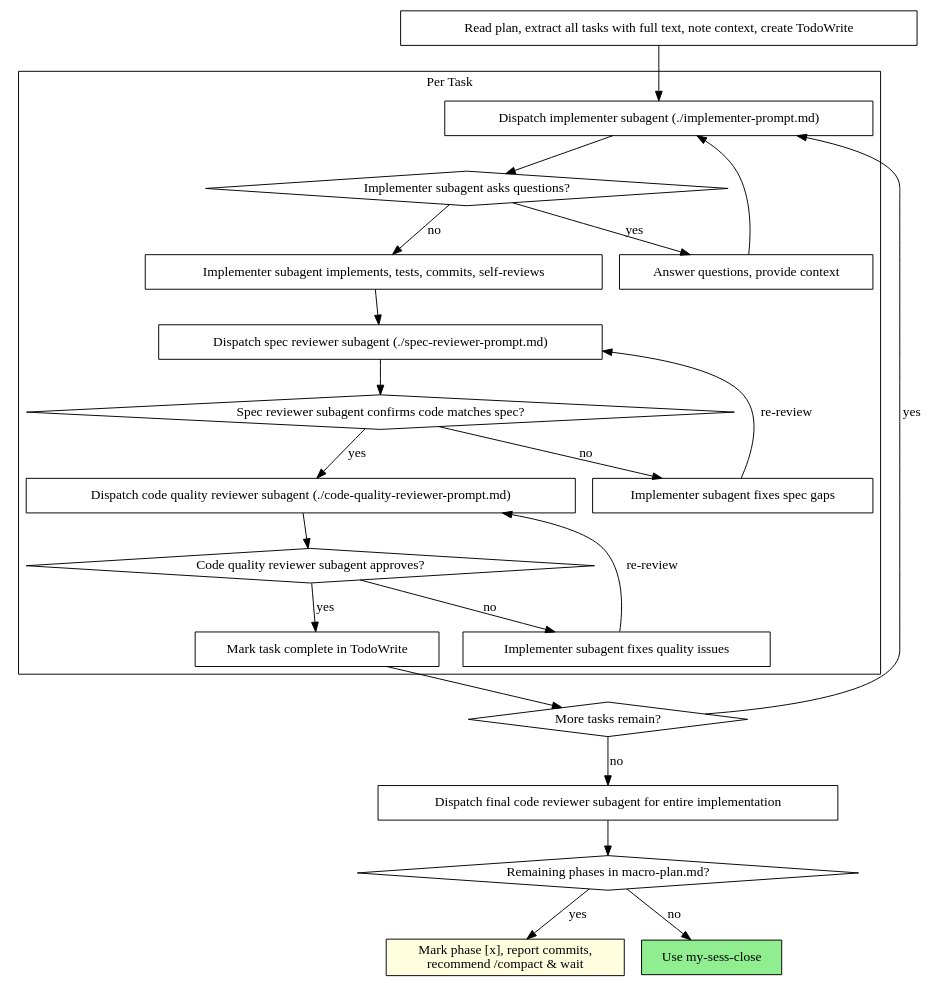
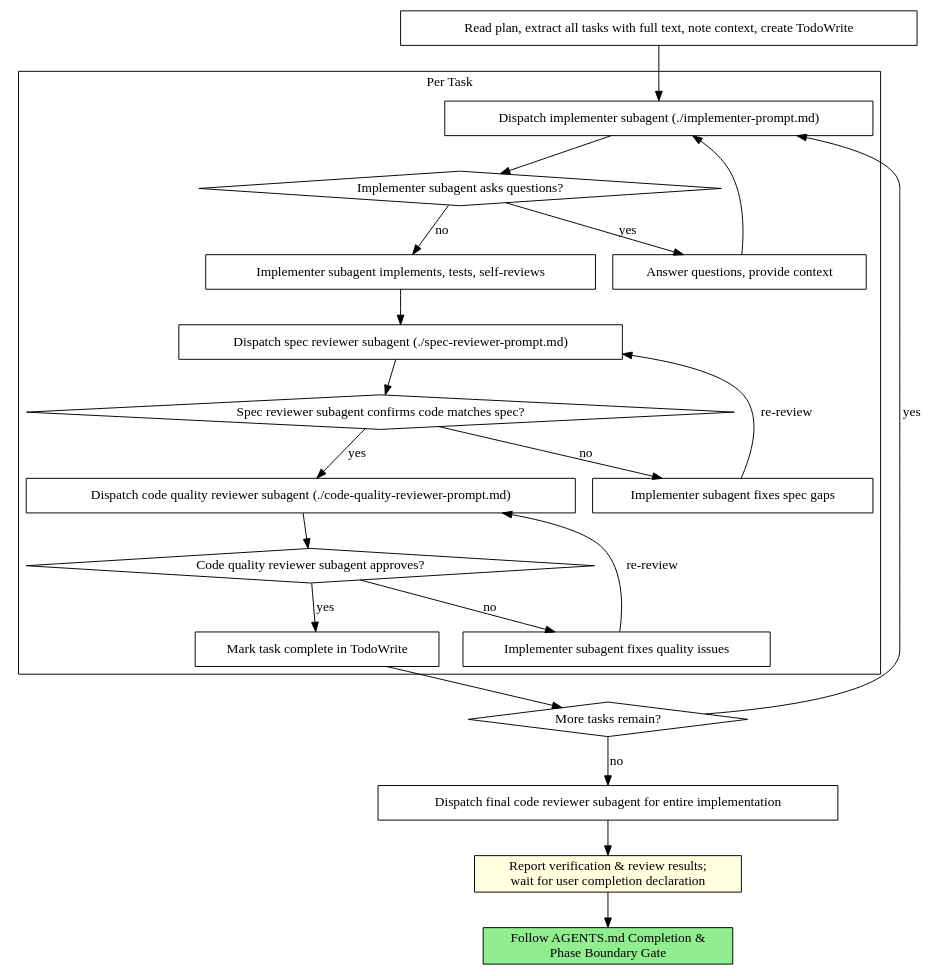
The second of 2 diagrams in skills/subagent-driven-development/SKILL.md (pinedance/AGENTS), drawn with Graphviz before and after one commit. The commit also changed other lines of this file and 16 other files, not shown here.

First line of the commit message:
refactor(skills): rename planning skills to my-plan-* and defer task commits

````diff
--- a/skills/subagent-driven-development/SKILL.md
+++ b/skills/subagent-driven-development/SKILL.md
@@ -44,48 +44,46 @@
 ```dot
 digraph process {
     rankdir=TB;
 
     subgraph cluster_per_task {
         label="Per Task";
         "Dispatch implementer subagent (./implementer-prompt.md)" [shape=box];
         "Implementer subagent asks questions?" [shape=diamond];
         "Answer questions, provide context" [shape=box];
-        "Implementer subagent implements, tests, commits, self-reviews" [shape=box];
+        "Implementer subagent implements, tests, self-reviews" [shape=box];
         "Dispatch spec reviewer subagent (./spec-reviewer-prompt.md)" [shape=box];
         "Spec reviewer subagent confirms code matches spec?" [shape=diamond];
         "Implementer subagent fixes spec gaps" [shape=box];
         "Dispatch code quality reviewer subagent (./code-quality-reviewer-prompt.md)" [shape=box];
         "Code quality reviewer subagent approves?" [shape=diamond];
         "Implementer subagent fixes quality issues" [shape=box];
         "Mark task complete in TodoWrite" [shape=box];
     }
 
     "Read plan, extract all tasks with full text, note context, create TodoWrite" [shape=box];
     "More tasks remain?" [shape=diamond];
     "Dispatch final code reviewer subagent for entire implementation" [shape=box];
-    "Remaining phases in macro-plan.md?" [shape=diamond];
-    "Mark phase [x], report commits,\nrecommend /compact & wait" [shape=box style=filled fillcolor=lightyellow];
-    "Use my-sess-close" [shape=box style=filled fillcolor=lightgreen];
+    "Report verification & review results;\nwait for user completion declaration" [shape=box style=filled fillcolor=lightyellow];
+    "Follow AGENTS.md Completion &\nPhase Boundary Gate" [shape=box style=filled fillcolor=lightgreen];
 
     "Read plan, extract all tasks with full text, note context, create TodoWrite" -> "Dispatch implementer subagent (./implementer-prompt.md)";
     "Dispatch implementer subagent (./implementer-prompt.md)" -> "Implementer subagent asks questions?";
     "Implementer subagent asks questions?" -> "Answer questions, provide context" [label="yes"];
     "Answer questions, provide context" -> "Dispatch implementer subagent (./implementer-prompt.md)";
-    "Implementer subagent asks questions?" -> "Implementer subagent implements, tests, commits, self-reviews" [label="no"];
-    "Implementer subagent implements, tests, commits, self-reviews" -> "Dispatch spec reviewer subagent (./spec-reviewer-prompt.md)";
+    "Implementer subagent asks questions?" -> "Implementer subagent implements, tests, self-reviews" [label="no"];
+    "Implementer subagent implements, tests, self-reviews" -> "Dispatch spec reviewer subagent (./spec-reviewer-prompt.md)";
     "Dispatch spec reviewer subagent (./spec-reviewer-prompt.md)" -> "Spec reviewer subagent confirms code matches spec?";
     "Spec reviewer subagent confirms code matches spec?" -> "Implementer subagent fixes spec gaps" [label="no"];
     "Implementer subagent fixes spec gaps" -> "Dispatch spec reviewer subagent (./spec-reviewer-prompt.md)" [label="re-review"];
     "Spec reviewer subagent confirms code matches spec?" -> "Dispatch code quality reviewer subagent (./code-quality-reviewer-prompt.md)" [label="yes"];
     "Dispatch code quality reviewer subagent (./code-quality-reviewer-prompt.md)" -> "Code quality reviewer subagent approves?";
     "Code quality reviewer subagent approves?" -> "Implementer subagent fixes quality issues" [label="no"];
     "Implementer subagent fixes quality issues" -> "Dispatch code quality reviewer subagent (./code-quality-reviewer-prompt.md)" [label="re-review"];
     "Code quality reviewer subagent approves?" -> "Mark task complete in TodoWrite" [label="yes"];
     "Mark task complete in TodoWrite" -> "More tasks remain?";
     "More tasks remain?" -> "Dispatch implementer subagent (./implementer-prompt.md)" [label="yes"];
     "More tasks remain?" -> "Dispatch final code reviewer subagent for entire implementation" [label="no"];
-    "Dispatch final code reviewer subagent for entire implementation" -> "Remaining phases in macro-plan.md?";
-    "Remaining phases in macro-plan.md?" -> "Mark phase [x], report commits,\nrecommend /compact & wait" [label="yes"];
-    "Remaining phases in macro-plan.md?" -> "Use my-sess-close" [label="no"];
+    "Dispatch final code reviewer subagent for entire implementation" -> "Report verification & review results;\nwait for user completion declaration";
+    "Report verification & review results;\nwait for user completion declaration" -> "Follow AGENTS.md Completion &\nPhase Boundary Gate";
 }
 ```
````
